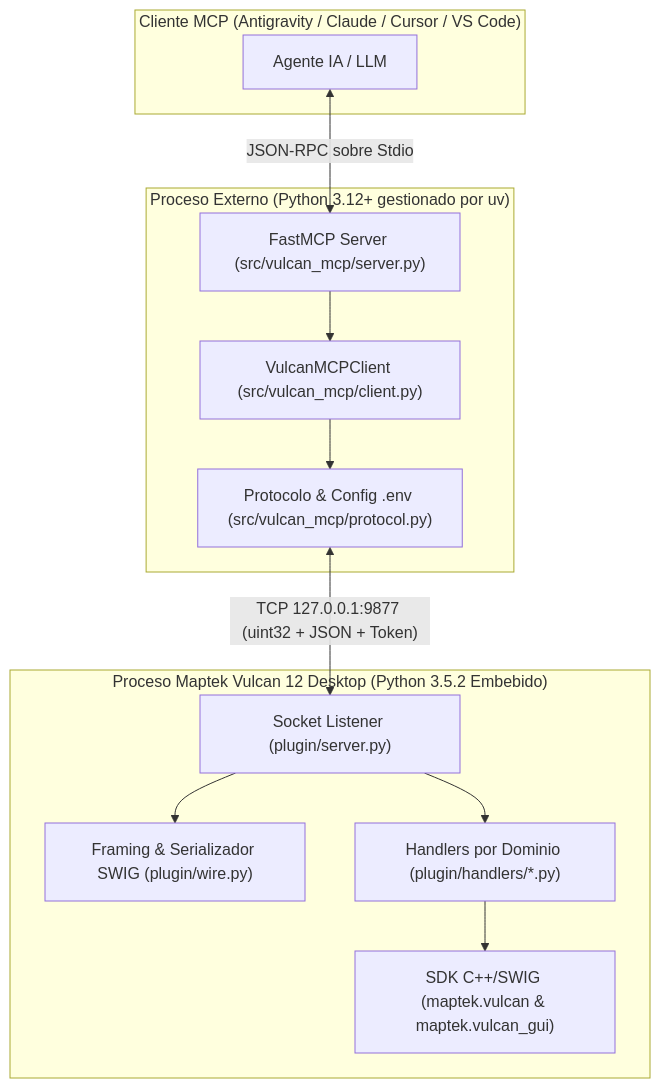
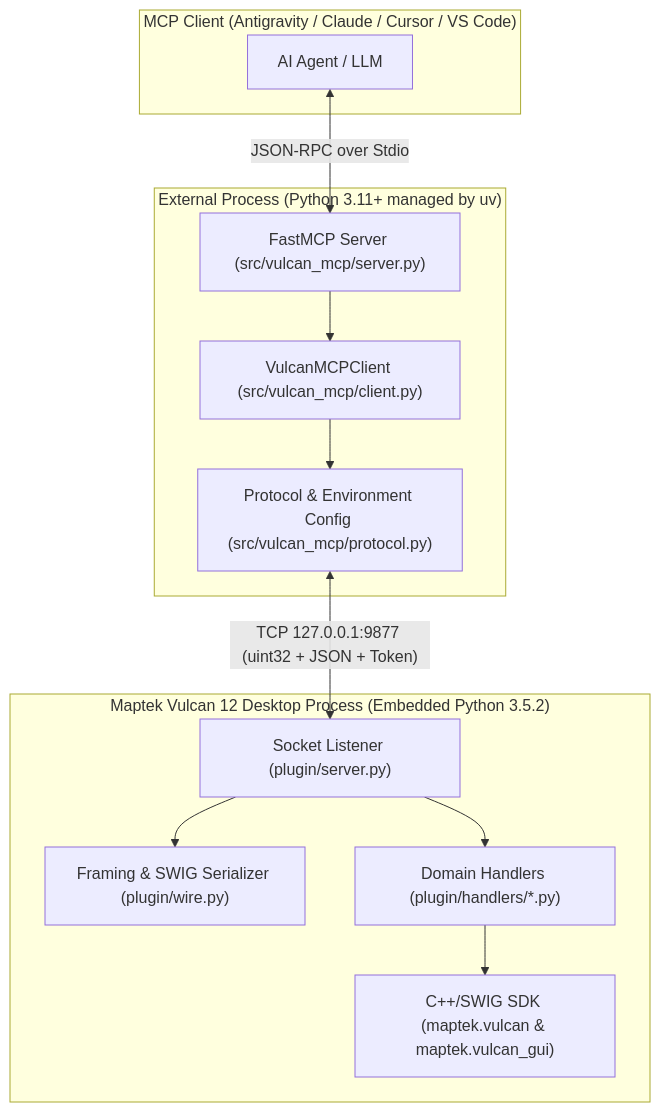
Before and after one commit to LuiccianDev/vulcan-mcp: the diagram in docs/ARCHITECTURE_AND_SECURITY.md, drawn with Mermaid. The commit also changed other lines of this file and 58 other files, not shown here.

Commit message:
feat(plugins): add git-release plugin with lifecycle hooks, skills, and release-manager agent

````diff
--- a/docs/ARCHITECTURE_AND_SECURITY.md
+++ b/docs/ARCHITECTURE_AND_SECURITY.md
@@ -13,27 +13,27 @@
 ```mermaid
 flowchart TB
-    subgraph IDE["Cliente MCP (Antigravity / Claude / Cursor / VS Code)"]
-        A["Agente IA / LLM"]
+    subgraph IDE["MCP Client (Antigravity / Claude / Cursor / VS Code)"]
+        A["AI Agent / LLM"]
     end
 
-    subgraph EXT["Proceso Externo (Python 3.12+ gestionado por uv)"]
+    subgraph EXT["External Process (Python 3.11+ managed by uv)"]
         B["FastMCP Server (src/vulcan_mcp/server.py)"]
         C["VulcanMCPClient (src/vulcan_mcp/client.py)"]
-        D["Protocolo & Config .env (src/vulcan_mcp/protocol.py)"]
+        D["Protocol & Environment Config (src/vulcan_mcp/protocol.py)"]
     end
 
-    subgraph VUL["Proceso Maptek Vulcan 12 Desktop (Python 3.5.2 Embebido)"]
+    subgraph VUL["Maptek Vulcan 12 Desktop Process (Embedded Python 3.5.2)"]
         E["Socket Listener (plugin/server.py)"]
-        F["Framing & Serializador SWIG (plugin/wire.py)"]
-        G["Handlers por Dominio (plugin/handlers/*.py)"]
-        H["SDK C++/SWIG (maptek.vulcan & maptek.vulcan_gui)"]
+        F["Framing & SWIG Serializer (plugin/wire.py)"]
+        G["Domain Handlers (plugin/handlers/*.py)"]
+        H["C++/SWIG SDK (maptek.vulcan & maptek.vulcan_gui)"]
     end
 
-    A <-->|"JSON-RPC sobre Stdio"| B
+    A <-->|"JSON-RPC over Stdio"| B
     B --> C
     C --> D
     D <-->|"TCP 127.0.0.1:9877 (uint32 + JSON + Token)"| E
     E --> F
     E --> G
     G --> H
 ```
````
